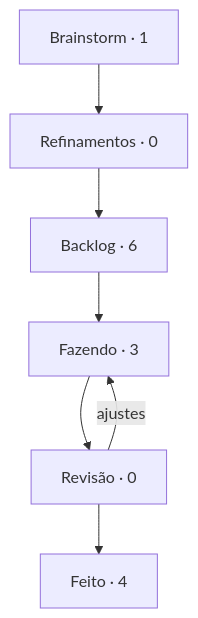
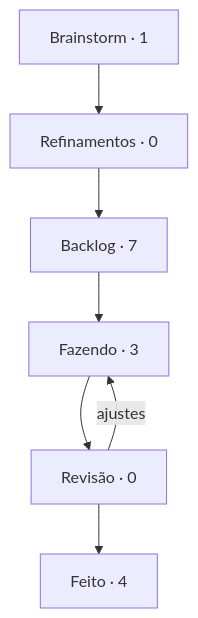
One commit to StudioVibi/VibiKanban changed the diagram in boards/harness/BOARD.md. Above: the diagram before and after it, drawn with Mermaid. The commit also changed other lines of this file and 2 other files, not shown here.

````diff
--- a/boards/harness/BOARD.md
+++ b/boards/harness/BOARD.md
@@ -5,12 +5,12 @@
 ```mermaid
 flowchart TD
   brainstorm["Brainstorm · 1"] --> refinamentos["Refinamentos · 0"]
-  refinamentos --> backlog["Backlog · 6"]
+  refinamentos --> backlog["Backlog · 7"]
   backlog --> doing["Fazendo · 3"]
   doing --> review["Revisão · 0"]
   review --> done["Feito · 4"]
   review -->|ajustes| doing
   doing:::blue
   review:::yellow
   done:::green
 ```
````
